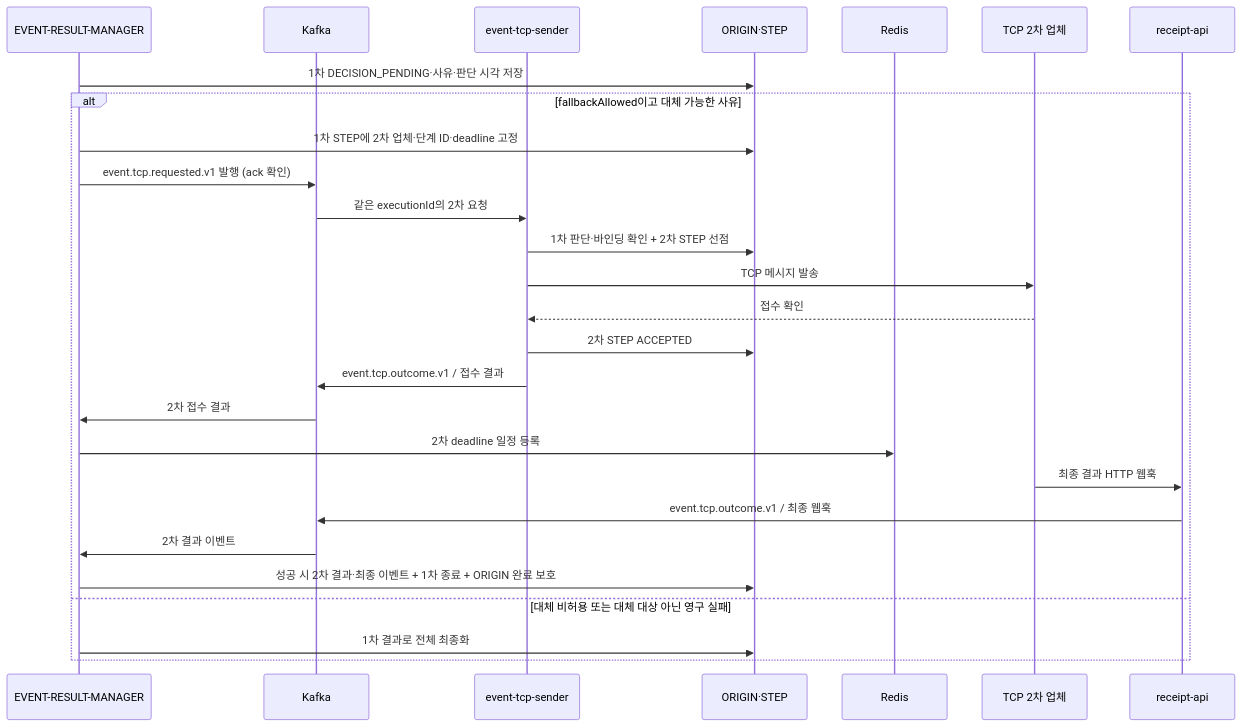
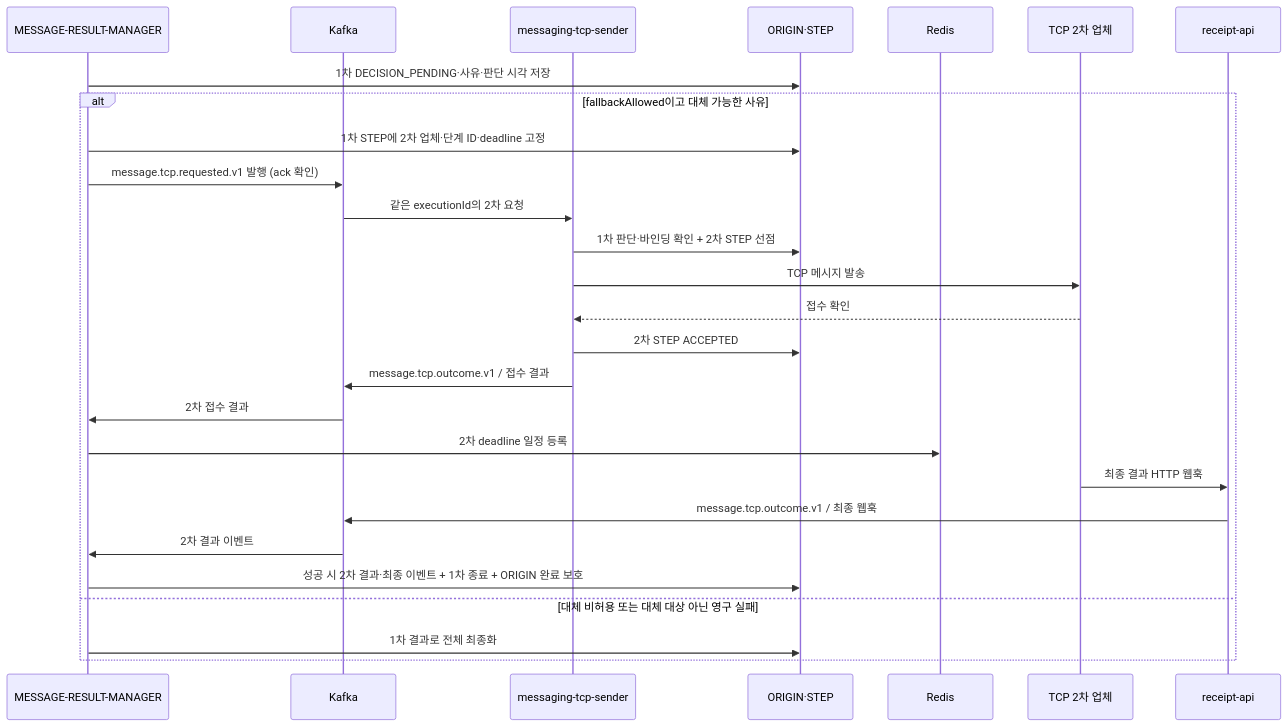
The fifth of 6 diagrams in docs/04-요청-접수부터-최종-결과까지의-전체-흐름.md (hyun-seung/High-throughput-event-platform), drawn with Mermaid before and after one commit. The commit also changed other lines of this file and 16 other files, not shown here.

````diff
--- a/docs/04-요청-접수부터-최종-결과까지의-전체-흐름.md
+++ b/docs/04-요청-접수부터-최종-결과까지의-전체-흐름.md
@@ -190,29 +190,29 @@
 ```mermaid
 sequenceDiagram
-    participant M as EVENT-RESULT-MANAGER
+    participant M as MESSAGE-RESULT-MANAGER
     participant K as Kafka
-    participant S as event-tcp-sender
+    participant S as messaging-tcp-sender
     participant D as ORIGIN·STEP
     participant R as Redis
     participant T as TCP 2차 업체
     participant W as receipt-api
     M->>D: 1차 DECISION_PENDING·사유·판단 시각 저장
     alt fallbackAllowed이고 대체 가능한 사유
         M->>D: 1차 STEP에 2차 업체·단계 ID·deadline 고정
-        M->>K: event.tcp.requested.v1 발행 (ack 확인)
+        M->>K: message.tcp.requested.v1 발행 (ack 확인)
         K->>S: 같은 executionId의 2차 요청
         S->>D: 1차 판단·바인딩 확인 + 2차 STEP 선점
         S->>T: TCP 메시지 발송
         T-->>S: 접수 확인
         S->>D: 2차 STEP ACCEPTED
-        S->>K: event.tcp.outcome.v1 / 접수 결과
+        S->>K: message.tcp.outcome.v1 / 접수 결과
         K->>M: 2차 접수 결과
         M->>R: 2차 deadline 일정 등록
         T->>W: 최종 결과 HTTP 웹훅
-        W->>K: event.tcp.outcome.v1 / 최종 웹훅
+        W->>K: message.tcp.outcome.v1 / 최종 웹훅
         K->>M: 2차 결과 이벤트
         M->>D: 성공 시 2차 결과·최종 이벤트 + 1차 종료 + ORIGIN 완료 보호
     else 대체 비허용 또는 대체 대상 아닌 영구 실패
         M->>D: 1차 결과로 전체 최종화
     end
 ```
````
